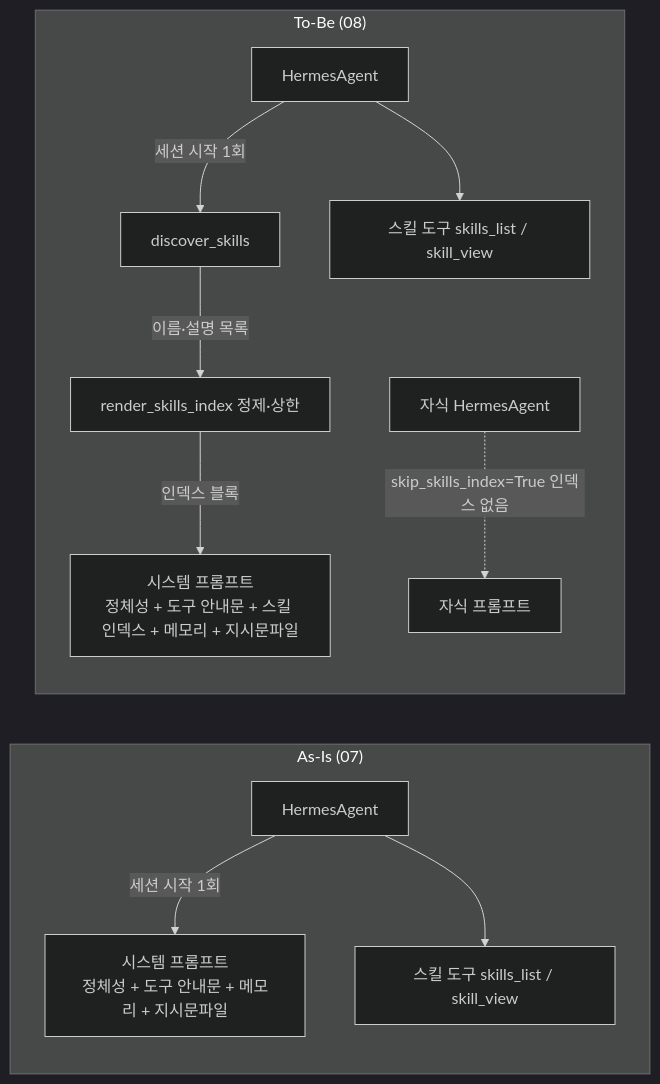
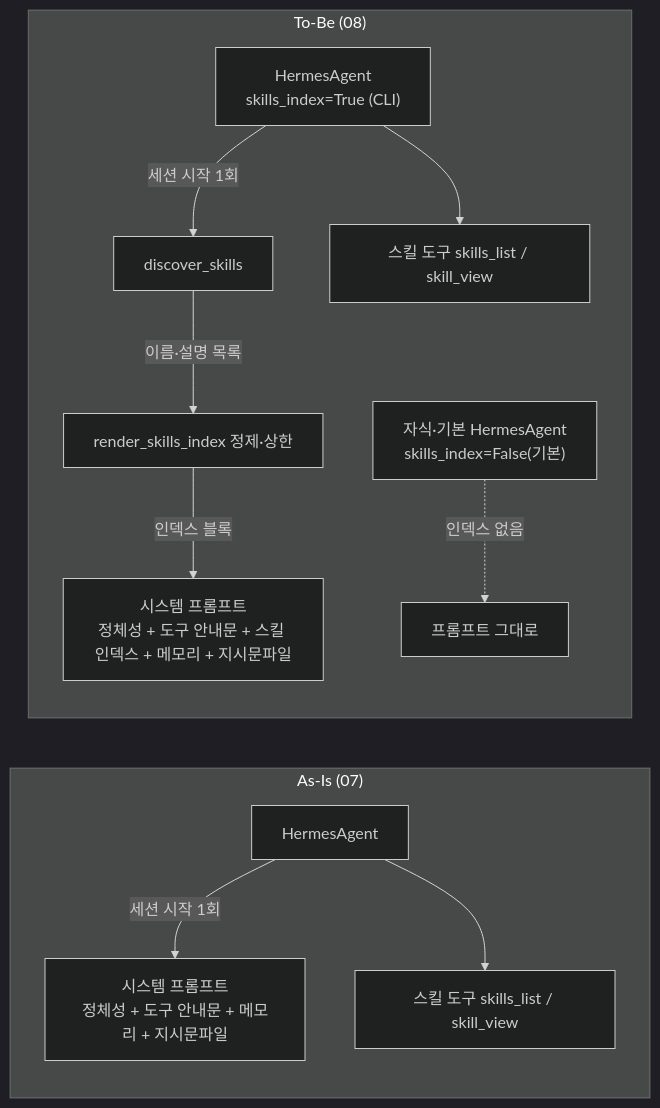
One commit to RadiantCitron/hermes-agent-study changed the first of 4 diagrams in docs/로드맵/08-스킬-인덱스-주입-MVP/ROADMAP.md. Above: the diagram before and after it, drawn with Mermaid (dark theme). The commit also changed other lines of this file and 2 other files, not shown here.

First line of the commit message:
docs(roadmap): R08-PLAN - 구현지시서 020 에이전트 연동과 세션 고정

````diff
--- a/docs/로드맵/08-스킬-인덱스-주입-MVP/ROADMAP.md
+++ b/docs/로드맵/08-스킬-인덱스-주입-MVP/ROADMAP.md
@@ -42,14 +42,14 @@
 ```mermaid
 flowchart LR
   subgraph AsIs["As-Is (07)"]
     A1[HermesAgent] -- 세션 시작 1회 --> SP1["시스템 프롬프트<br/>정체성 + 도구 안내문 + 메모리 + 지시문파일"]
     A1 --> D1[스킬 도구 skills_list / skill_view]
   end
   subgraph ToBe["To-Be (08)"]
-    A2[HermesAgent] -- 세션 시작 1회 --> DS[discover_skills]
+    A2["HermesAgent<br/>skills_index=True (CLI)"] -- 세션 시작 1회 --> DS[discover_skills]
     DS -- 이름·설명 목록 --> R[render_skills_index 정제·상한]
     R -- 인덱스 블록 --> SP2["시스템 프롬프트<br/>정체성 + 도구 안내문 + 스킬 인덱스 + 메모리 + 지시문파일"]
     A2 --> D2[스킬 도구 skills_list / skill_view]
-    K[자식 HermesAgent] -. skip_skills_index=True 인덱스 없음 .-> SP3[자식 프롬프트]
+    K["자식·기본 HermesAgent<br/>skills_index=False(기본)"] -. 인덱스 없음 .-> SP3[프롬프트 그대로]
   end
 ```
````
